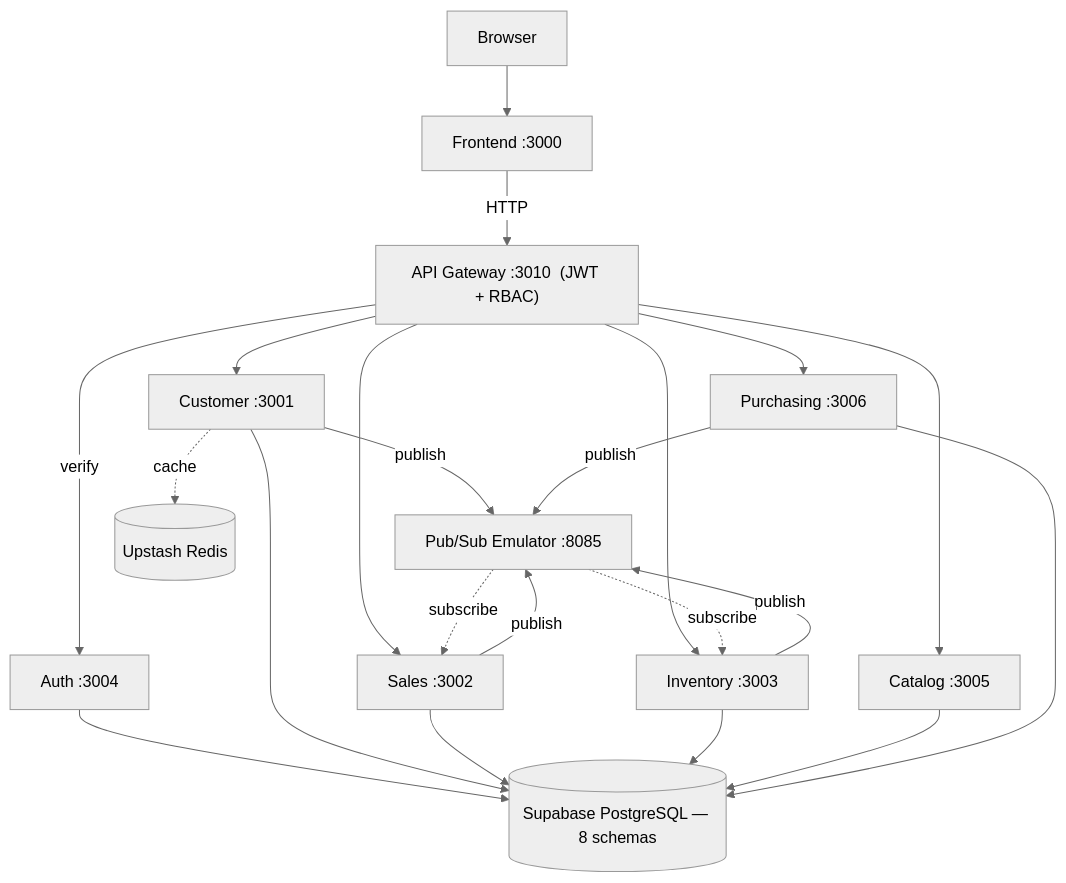
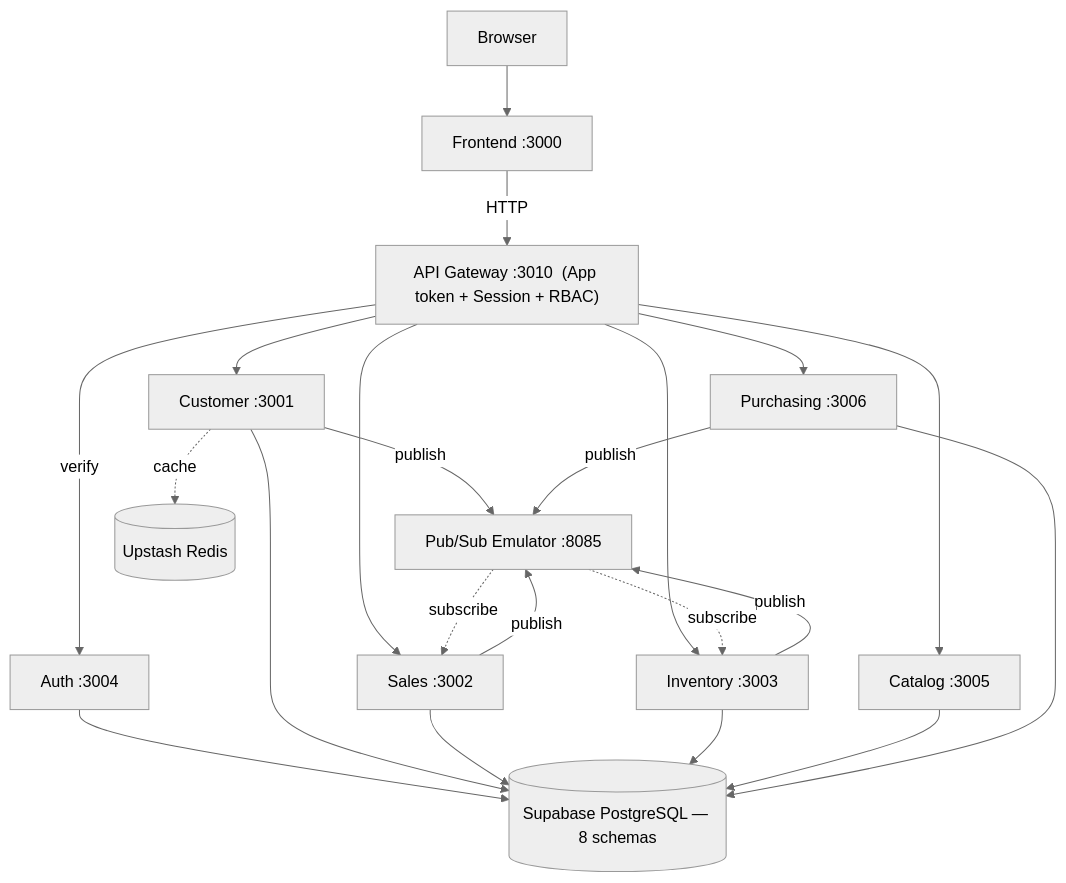
The first of 7 diagrams in docs/architecture/system-overview.md (ndmthuan97/ERP-Prototype-Example), drawn with Mermaid (neutral theme) before and after one commit. The commit also changed other lines of this file and 200 other files, not shown here.

````diff
--- a/docs/architecture/system-overview.md
+++ b/docs/architecture/system-overview.md
@@ -20,44 +20,44 @@
 ```mermaid
 flowchart TB
     Browser["Browser"]
     FE["Frontend :3000"]
-    GW["API Gateway :3010  (JWT + RBAC)"]
+    GW["API Gateway :3010  (App token + Session + RBAC)"]
 
     Auth["Auth :3004"]
     Cust["Customer :3001"]
     Ord["Sales :3002"]
     Inv["Inventory :3003"]
     Cat["Catalog :3005"]
     Pur["Purchasing :3006"]
 
     DB[("Supabase PostgreSQL — 8 schemas")]
     PS["Pub/Sub Emulator :8085"]
     RD[("Upstash Redis")]
 
     Browser --> FE
     FE -- "HTTP" --> GW
 
     GW -- "verify" --> Auth
     GW --> Cust
     GW --> Ord
     GW --> Inv
     GW --> Cat
     GW --> Pur
 
     Auth --> DB
     Cust --> DB
     Ord --> DB
     Inv --> DB
     Cat --> DB
     Pur --> DB
 
     Cust -- "publish" --> PS
     Ord -- "publish" --> PS
     Inv -- "publish" --> PS
     Pur -- "publish" --> PS
 
     PS -. "subscribe" .-> Ord
     PS -. "subscribe" .-> Inv
 
     Cust -. "cache" .-> RD
 ```
````
